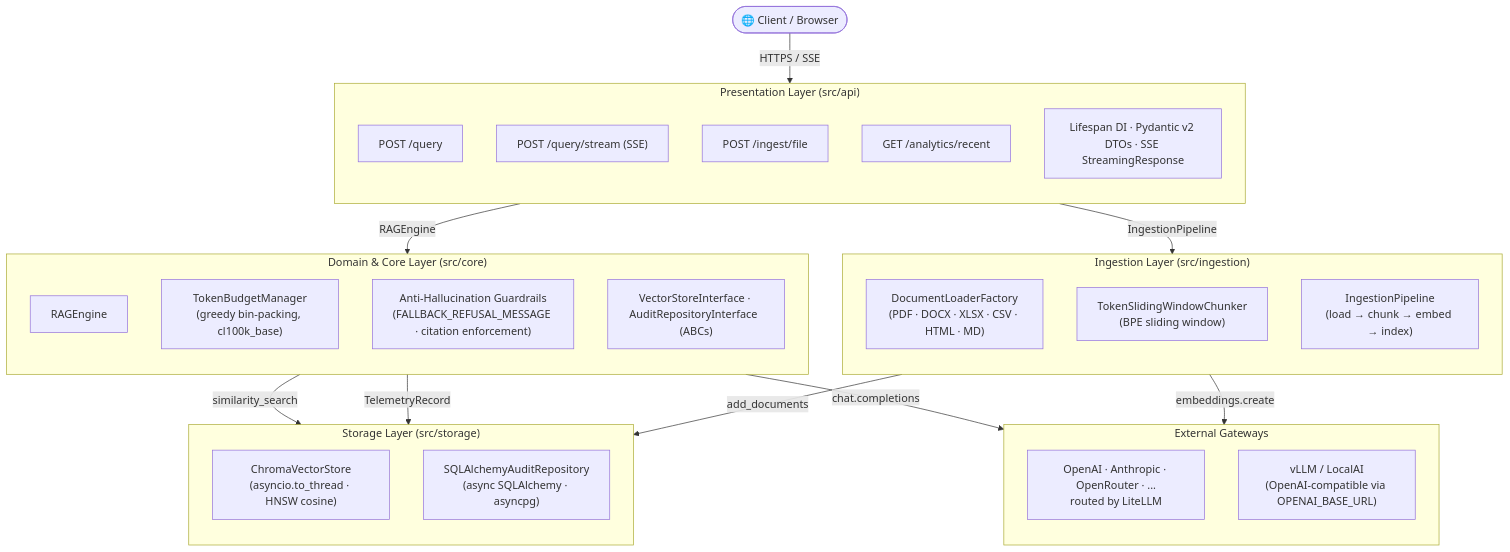
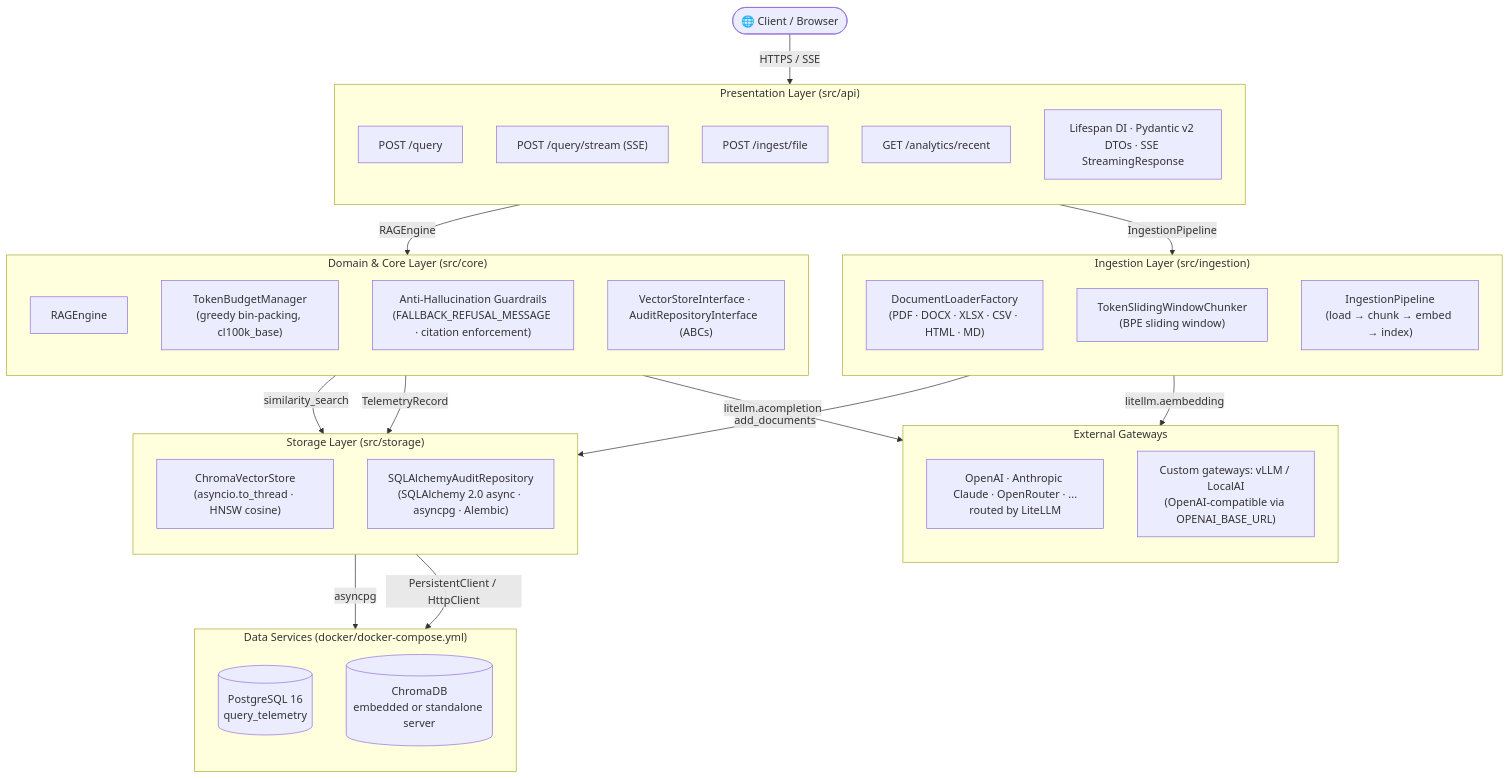
One commit to Nazar-Plokhuta/docuquery-rag-agent changed the diagram in README.md. Above: the diagram before and after it, drawn with Mermaid. The commit also changed other lines of this file and 10 other files, not shown here.

Commit message:
chore(release): bump version to 2.0.0, sync architecture docs, and finalize enterprise core

````diff
--- a/README.md
+++ b/README.md
@@ -34,49 +34,57 @@
 ```mermaid
 flowchart TD
     Client(["🌐 Client / Browser"])
 
     subgraph Presentation["Presentation Layer  (src/api)"]
         direction TB
         R1["POST /query"]
         R2["POST /query/stream  (SSE)"]
         R3["POST /ingest/file"]
         R4["GET  /analytics/recent"]
         DI["Lifespan DI · Pydantic v2 DTOs · SSE StreamingResponse"]
     end
 
     subgraph Domain["Domain & Core Layer  (src/core)"]
         direction TB
         RAG["RAGEngine"]
         TBM["TokenBudgetManager\n(greedy bin-packing, cl100k_base)"]
         AHG["Anti-Hallucination Guardrails\n(FALLBACK_REFUSAL_MESSAGE · citation enforcement)"]
         ABCs["VectorStoreInterface · AuditRepositoryInterface  (ABCs)"]
     end
 
     subgraph Ingestion["Ingestion Layer  (src/ingestion)"]
         direction TB
         LD["DocumentLoaderFactory\n(PDF · DOCX · XLSX · CSV · HTML · MD)"]
         CHK["TokenSlidingWindowChunker\n(BPE sliding window)"]
         PIP["IngestionPipeline\n(load → chunk → embed → index)"]
     end
 
     subgraph Storage["Storage Layer  (src/storage)"]
         direction TB
         VEC["ChromaVectorStore\n(asyncio.to_thread · HNSW cosine)"]
-        ADB["SQLAlchemyAuditRepository\n(async SQLAlchemy · asyncpg)"]
+        ADB["SQLAlchemyAuditRepository\n(SQLAlchemy 2.0 async · asyncpg · Alembic)"]
+    end
+
+    subgraph Data["Data Services  (docker/docker-compose.yml)"]
+        direction TB
+        PG[("PostgreSQL 16\nquery_telemetry")]
+        CH[("ChromaDB\nembedded or standalone server")]
     end
 
     subgraph Gateways["External Gateways"]
         direction TB
-        OAI["OpenAI · Anthropic · OpenRouter · ...\nrouted by LiteLLM"]
-        ORT["vLLM / LocalAI\n(OpenAI-compatible via OPENAI_BASE_URL)"]
+        OAI["OpenAI · Anthropic Claude · OpenRouter · ...\nrouted by LiteLLM"]
+        ORT["Custom gateways: vLLM / LocalAI\n(OpenAI-compatible via OPENAI_BASE_URL)"]
     end
 
+    Storage -->|"asyncpg"| PG
+    Storage -->|"PersistentClient / HttpClient"| CH
     Client -->|"HTTPS / SSE"| Presentation
     Presentation -->|"RAGEngine"| Domain
     Presentation -->|"IngestionPipeline"| Ingestion
     Domain -->|"similarity_search"| Storage
     Domain -->|"TelemetryRecord"| Storage
     Ingestion -->|"add_documents"| Storage
-    Domain -->|"chat.completions"| Gateways
-    Ingestion -->|"embeddings.create"| Gateways
+    Domain -->|"litellm.acompletion"| Gateways
+    Ingestion -->|"litellm.aembedding"| Gateways
 ```
````
